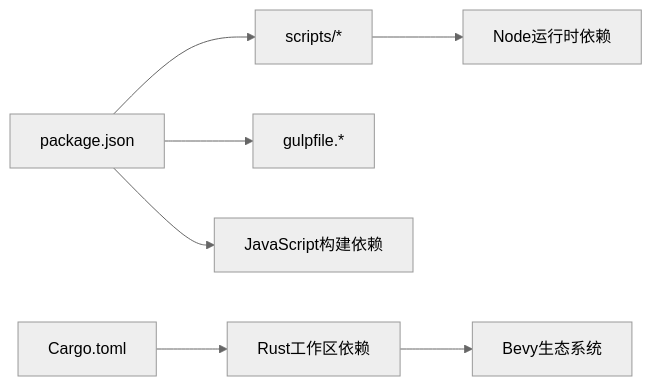
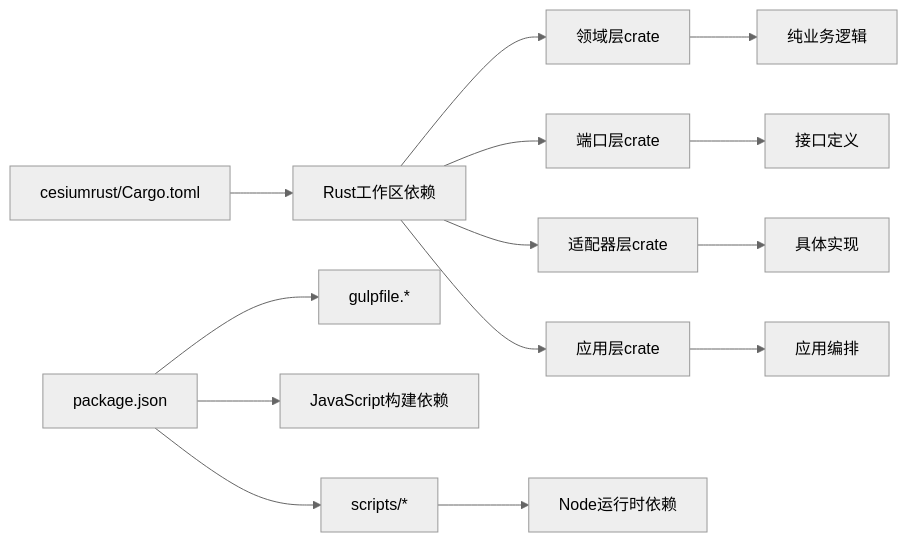
One commit to rzhangjing/cesium changed the seventh of 7 diagrams in .qoder/repowiki/zh/content/构建与部署/构建系统配置/构建系统配置.md. Above: the diagram before and after it, drawn with Mermaid (neutral theme). The commit also changed other lines of this file and 92 other files, not shown here.

````diff
--- a/.qoder/repowiki/zh/content/构建与部署/构建系统配置/构建系统配置.md
+++ b/.qoder/repowiki/zh/content/构建与部署/构建系统配置/构建系统配置.md
@@ -284,9 +373,16 @@
 ```mermaid
 graph LR
 P["package.json"] --> S["scripts/*"]
 P --> G["gulpfile.*"]
 P --> T["JavaScript构建依赖"]
-R["Cargo.toml"] --> U["Rust工作区依赖"]
-U --> V["Bevy生态系统"]
-S --> W["Node运行时依赖"]
+R["cesiumrust/Cargo.toml"] --> U["Rust工作区依赖"]
+U --> V["领域层crate"]
+U --> W["端口层crate"]
+U --> X["适配器层crate"]
+U --> Y["应用层crate"]
+S --> Z["Node运行时依赖"]
+V --> AA["纯业务逻辑"]
+W --> AB["接口定义"]
+X --> AC["具体实现"]
+Y --> AD["应用编排"]
 ```
````
